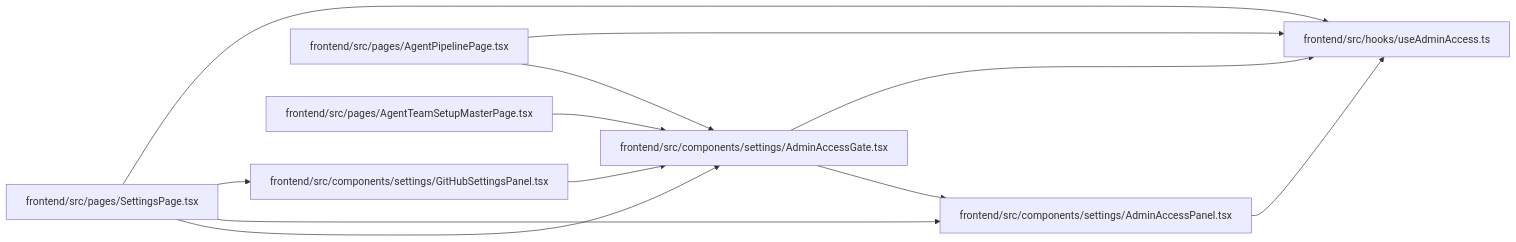
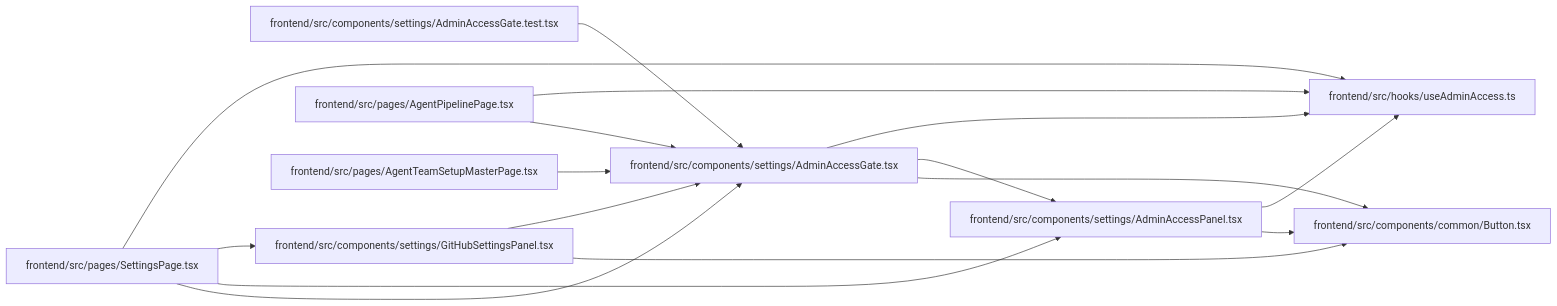
The diagram in docs/llm_wiki/modules/AdminAccessGate.md (Denissvgn/WorkChord), drawn with Mermaid before and after one commit. The commit also changed other lines of this file and 524 other files, not shown here.

````diff
--- a/docs/llm_wiki/modules/AdminAccessGate.md
+++ b/docs/llm_wiki/modules/AdminAccessGate.md
@@ -28,28 +30,36 @@
 ```mermaid
 flowchart LR
-    n0["frontend/src/components/settings/AdminAccessGate.tsx"]
-    n1["frontend/src/components/settings/AdminAccessPanel.tsx"]
-    n2["frontend/src/components/settings/GitHubSettingsPanel.tsx"]
-    n3["frontend/src/hooks/useAdminAccess.ts"]
-    n4["frontend/src/pages/AgentPipelinePage.tsx"]
-    n5["frontend/src/pages/AgentTeamSetupMasterPage.tsx"]
-    n6["frontend/src/pages/SettingsPage.tsx"]
-    n0 --> n1
-    n0 --> n3
-    n1 --> n3
+    n0["frontend/src/components/common/Button.tsx"]
+    n1["frontend/src/components/settings/AdminAccessGate.test.tsx"]
+    n2["frontend/src/components/settings/AdminAccessGate.tsx"]
+    n3["frontend/src/components/settings/AdminAccessPanel.tsx"]
+    n4["frontend/src/components/settings/GitHubSettingsPanel.tsx"]
+    n5["frontend/src/hooks/useAdminAccess.ts"]
+    n6["frontend/src/pages/AgentPipelinePage.tsx"]
+    n7["frontend/src/pages/AgentTeamSetupMasterPage.tsx"]
+    n8["frontend/src/pages/SettingsPage.tsx"]
+    n1 --> n2
     n2 --> n0
+    n2 --> n3
+    n2 --> n5
+    n3 --> n0
+    n3 --> n5
     n4 --> n0
-    n4 --> n3
-    n5 --> n0
-    n6 --> n0
-    n6 --> n1
+    n4 --> n2
     n6 --> n2
-    n6 --> n3
-    click n0 "../modules/AdminAccessGate.md"
-    click n1 "../modules/AdminAccessPanel.md"
-    click n2 "../modules/GitHubSettingsPanel.md"
-    click n3 "../modules/useAdminAccess.md"
-    click n4 "../modules/AgentPipelinePage.md"
-    click n5 "../modules/AgentTeamSetupMasterPage.md"
-    click n6 "../modules/SettingsPage.md"
+    n6 --> n5
+    n7 --> n2
+    n8 --> n2
+    n8 --> n3
+    n8 --> n4
+    n8 --> n5
+    click n0 "../modules/Button.md"
+    click n1 "../modules/AdminAccessGate.test.md"
+    click n2 "../modules/AdminAccessGate.md"
+    click n3 "../modules/AdminAccessPanel.md"
+    click n4 "../modules/GitHubSettingsPanel.md"
+    click n5 "../modules/useAdminAccess.md"
+    click n6 "../modules/AgentPipelinePage.md"
+    click n7 "../modules/AgentTeamSetupMasterPage.md"
+    click n8 "../modules/SettingsPage.md"
 ```
````
